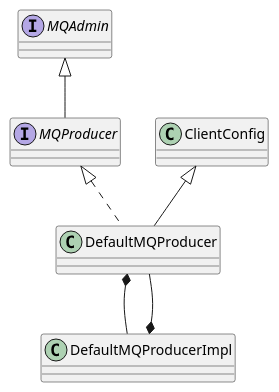
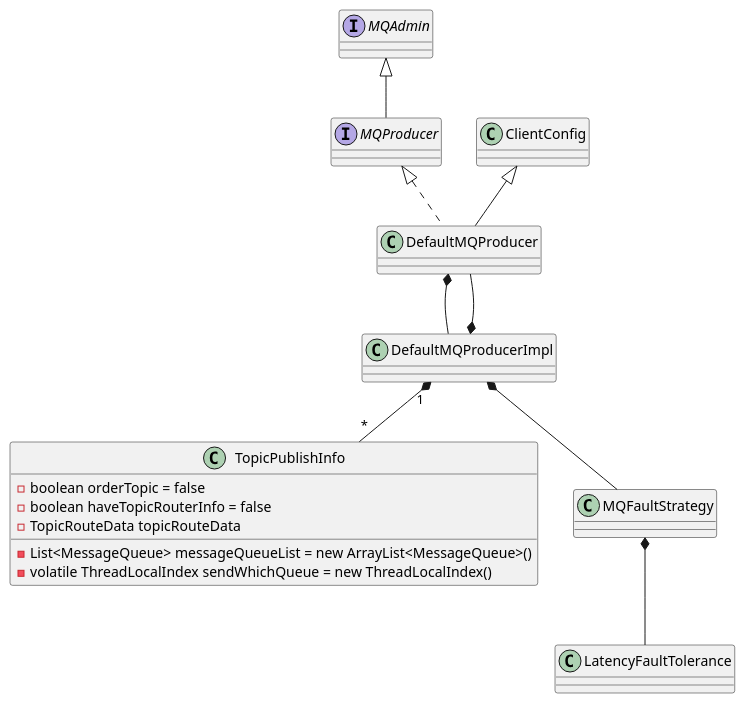
One commit to onlyonion/development changed the diagram in docs/30-distributed/src/mq/rocketmq/rocketmq-client/impl/producer/DefaultMQProducerImpl.md. Above: the diagram before and after it, drawn with PlantUML. The commit also changed other lines of this file and 173 other files, not shown here.

````diff
--- a/docs/30-distributed/src/mq/rocketmq/rocketmq-client/impl/producer/DefaultMQProducerImpl.md
+++ b/docs/30-distributed/src/mq/rocketmq/rocketmq-client/impl/producer/DefaultMQProducerImpl.md
@@ -10,18 +10,30 @@
 ```plantuml
 @startuml
 
 interface MQAdmin 
 interface MQProducer
 
 class ClientConfig
 class DefaultMQProducer
 
 MQAdmin ^-- MQProducer
 MQProducer ^.. DefaultMQProducer
 ClientConfig ^-- DefaultMQProducer
 
 DefaultMQProducer *-- DefaultMQProducerImpl
 DefaultMQProducerImpl *-- DefaultMQProducer
 
+DefaultMQProducerImpl "1" *-- "*" TopicPublishInfo
+class TopicPublishInfo {
+    - boolean orderTopic = false
+    - boolean haveTopicRouterInfo = false
+    - List<MessageQueue> messageQueueList = new ArrayList<MessageQueue>()
+    - volatile ThreadLocalIndex sendWhichQueue = new ThreadLocalIndex()
+    - TopicRouteData topicRouteData
+}
+
+DefaultMQProducerImpl *--  MQFaultStrategy
+MQFaultStrategy *--  LatencyFaultTolerance
+
 @enduml
 ```
````
